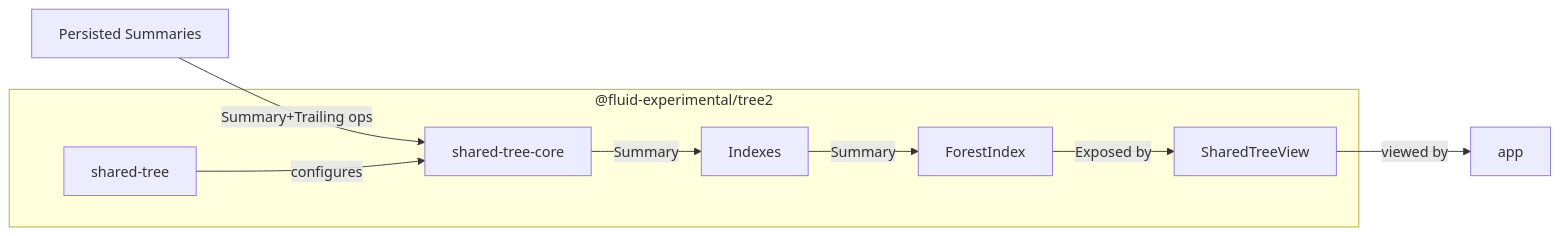
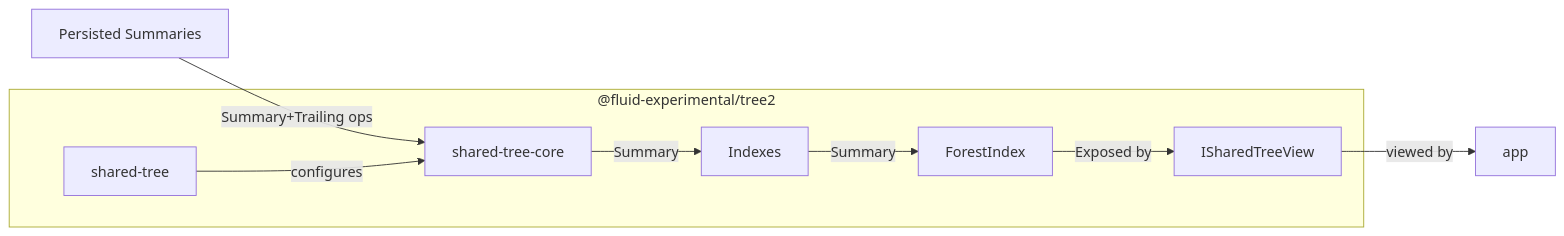
Before and after one commit to microsoft/FluidFramework: the second of 6 diagrams in experimental/dds/tree2/README.md, drawn with Mermaid. The commit also changed other lines of this file and 1 other file, not shown here.

Commit message:
Apply suggestions from code review

````diff
--- a/experimental/dds/tree2/README.md
+++ b/experimental/dds/tree2/README.md
@@ -154,10 +154,10 @@
 ```mermaid
 flowchart LR;
     doc["Persisted Summaries"]--"Summary+Trailing ops"-->shared-tree-core
     subgraph "@fluid-experimental/tree2"
         shared-tree--"configures"-->shared-tree-core
         shared-tree-core--"Summary"-->Indexes--"Summary"-->ForestIndex;
-        ForestIndex--"Exposed by"-->SharedTreeView
+        ForestIndex--"Exposed by"-->ISharedTreeView
     end
-    SharedTreeView--"viewed by"-->app
+    ISharedTreeView--"viewed by"-->app
 ```
````
